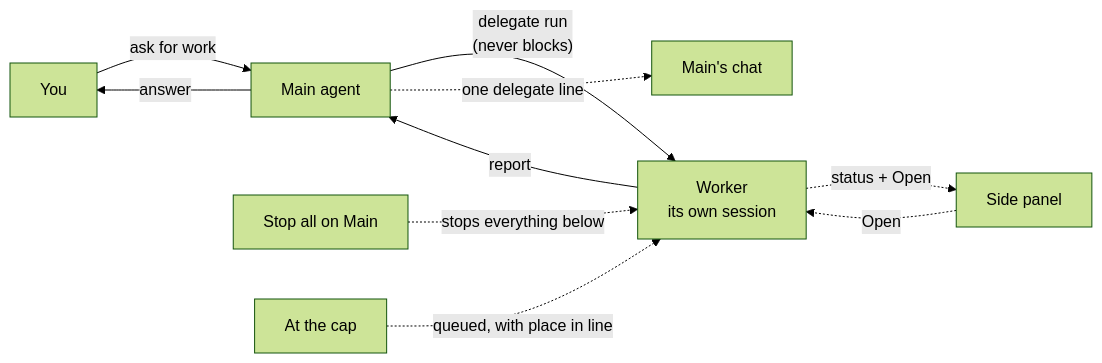
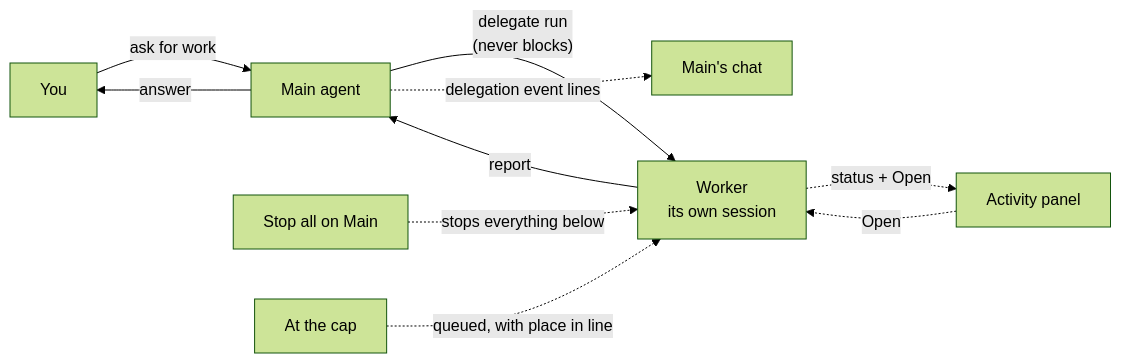
One commit to elicify-ai/omnipus changed the diagram in docs/agents.md. Above: the diagram before and after it, drawn with Mermaid (forest theme). The commit also changed other lines of this file and 9 other files, not shown here.

````diff
--- a/docs/agents.md
+++ b/docs/agents.md
@@ -95,12 +96,12 @@
 ```mermaid
 flowchart LR
   You[You] -->|"ask for work"| Main[Main agent]
   Main -->|"delegate run<br/>(never blocks)"| Worker["Worker<br/>its own session"]
   Worker -->|"report"| Main
   Main -->|"answer"| You
-  Main -.->|"one delegate line"| MainChat[Main's chat]
-  Worker -.->|"status + Open"| Side[Side panel]
+  Main -.->|"delegation event lines"| MainChat[Main's chat]
+  Worker -.->|"status + Open"| Side[Activity panel]
   Side -.->|"Open"| Worker
   StopAll["Stop all on Main"] -.->|"stops everything below"| Worker
   Queue["At the cap"] -.->|"queued, with place in line"| Worker
 ```
````
